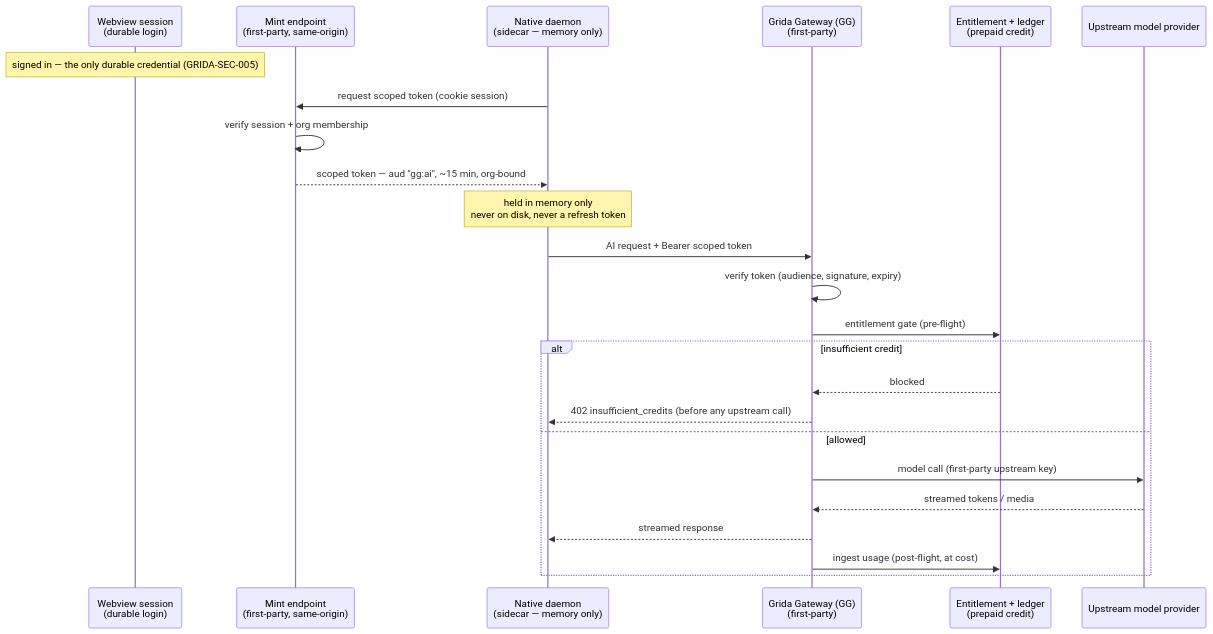
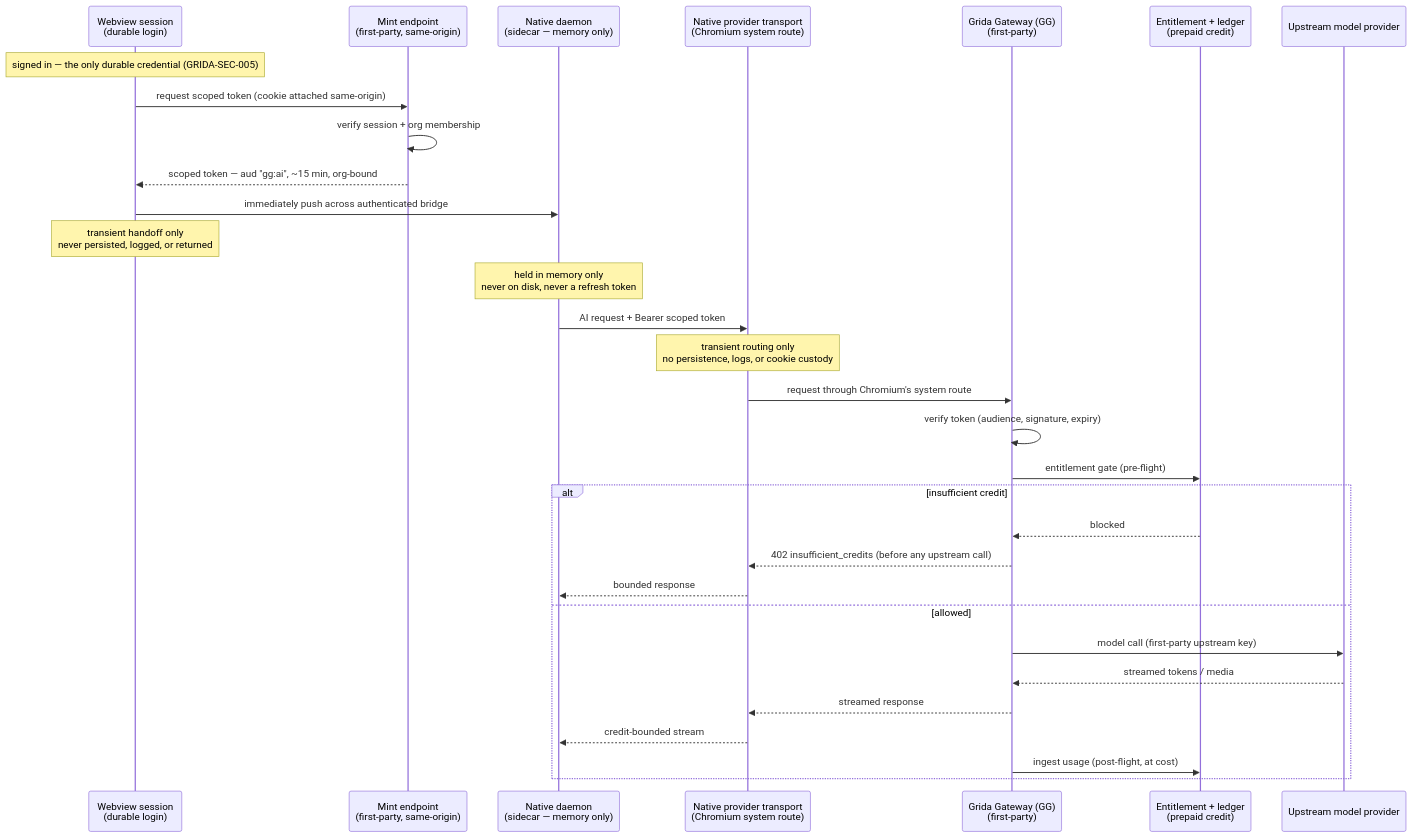
The diagram in docs/wg/platform/hosted-ai.md (gridaco/grida), drawn with Mermaid before and after one commit. The commit also changed other lines of this file and 100 other files, not shown here.

Commit message:
fix(desktop): route agent providers through system network

````diff
--- a/docs/wg/platform/hosted-ai.md
+++ b/docs/wg/platform/hosted-ai.md
@@ -136,27 +136,34 @@
 ```mermaid
 sequenceDiagram
     participant W as Webview session<br/>(durable login)
     participant M as Mint endpoint<br/>(first-party, same-origin)
     participant D as Native daemon<br/>(sidecar — memory only)
+    participant H as Native provider transport<br/>(Chromium system route)
     participant G as Grida Gateway (GG)<br/>(first-party)
     participant B as Entitlement + ledger<br/>(prepaid credit)
     participant P as Upstream model provider
 
     Note over W: signed in — the only durable credential (GRIDA-SEC-005)
-    D->>M: request scoped token (cookie session)
+    W->>M: request scoped token (cookie attached same-origin)
     M->>M: verify session + org membership
-    M-->>D: scoped token — aud "gg:ai", ~15 min, org-bound
+    M-->>W: scoped token — aud "gg:ai", ~15 min, org-bound
+    W->>D: immediately push across authenticated bridge
+    Note over W: transient handoff only<br/>never persisted, logged, or returned
     Note over D: held in memory only<br/>never on disk, never a refresh token
-    D->>G: AI request + Bearer scoped token
+    D->>H: AI request + Bearer scoped token
+    Note over H: transient routing only<br/>no persistence, logs, or cookie custody
+    H->>G: request through Chromium's system route
     G->>G: verify token (audience, signature, expiry)
     G->>B: entitlement gate (pre-flight)
     alt insufficient credit
         B-->>G: blocked
-        G-->>D: 402 insufficient_credits (before any upstream call)
+        G-->>H: 402 insufficient_credits (before any upstream call)
+        H-->>D: bounded response
     else allowed
         G->>P: model call (first-party upstream key)
         P-->>G: streamed tokens / media
-        G-->>D: streamed response
+        G-->>H: streamed response
+        H-->>D: credit-bounded stream
         G->>B: ingest usage (post-flight, at cost)
     end
 ```
````
